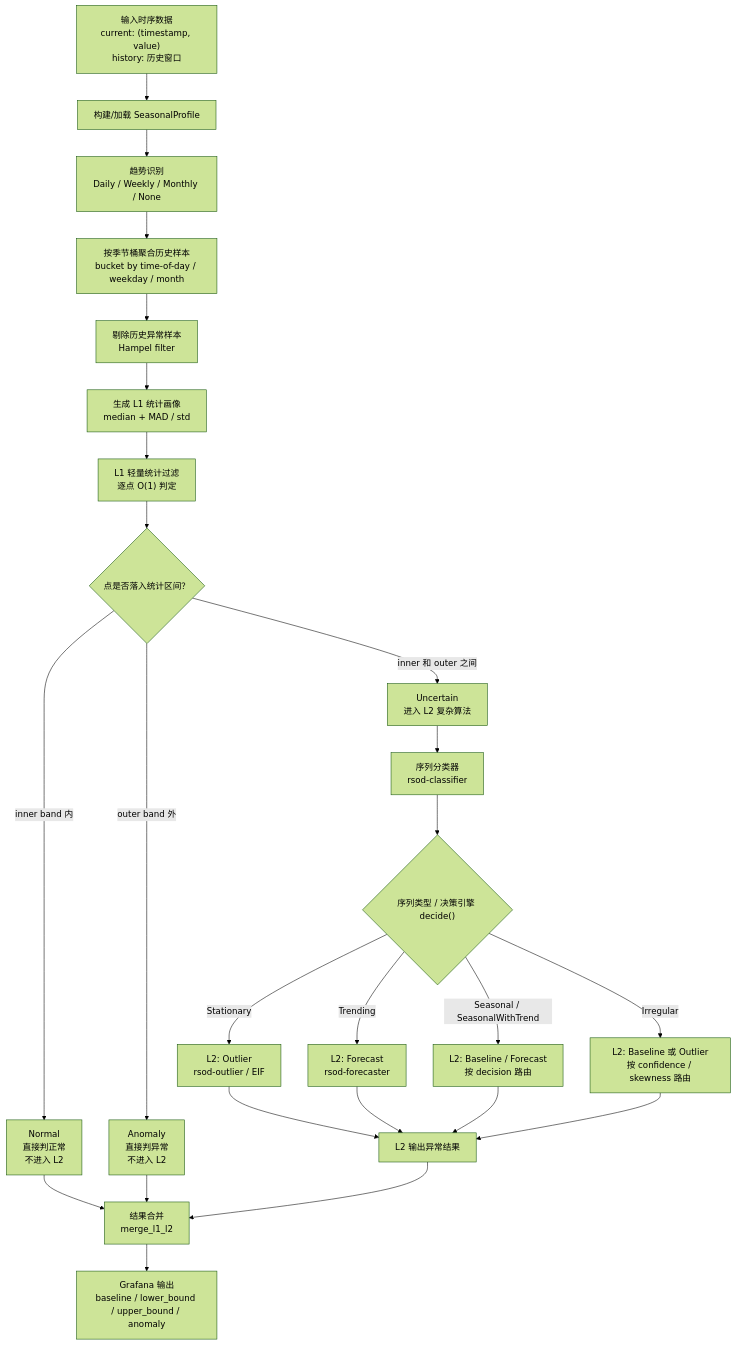
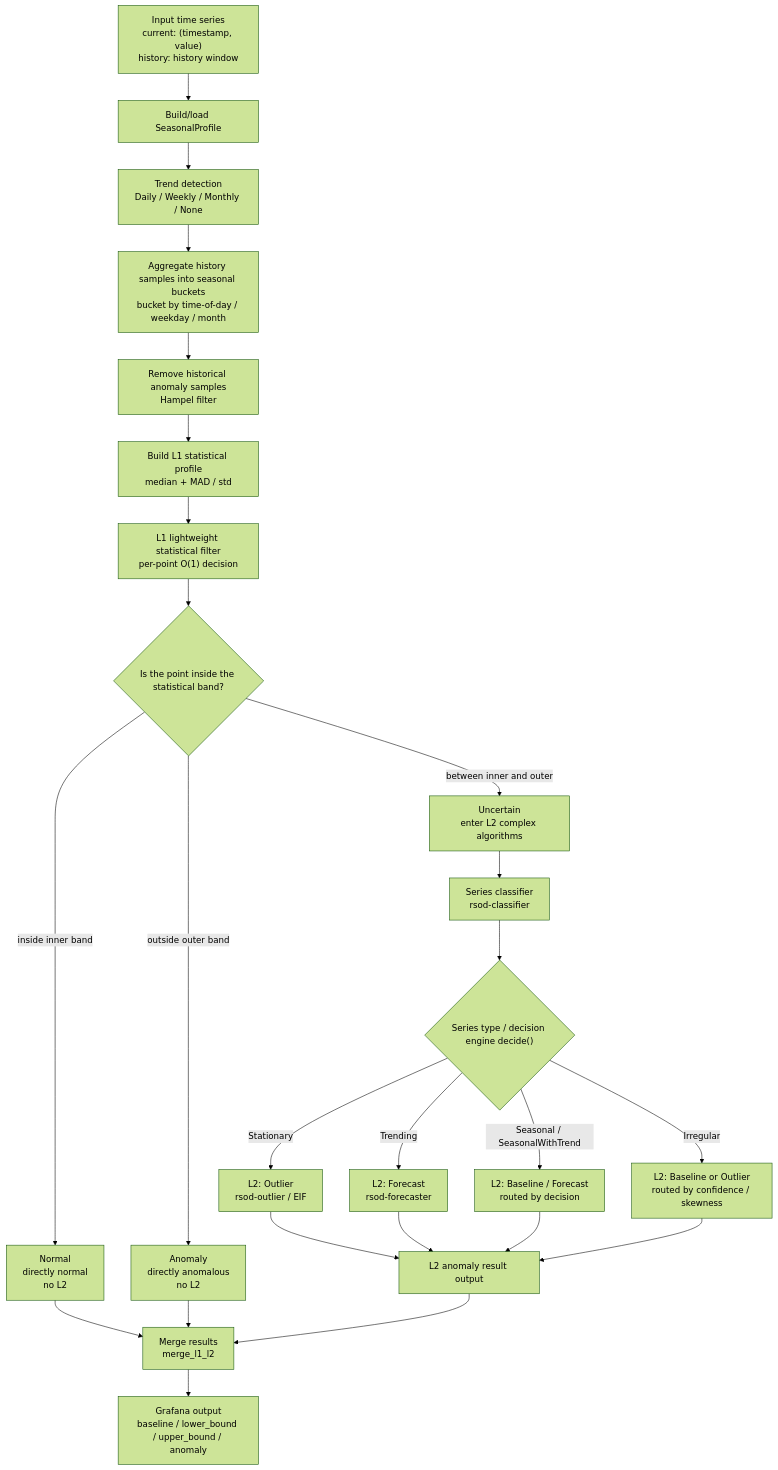
One commit to IBUMBLEBEE/grafana-alert4ml-datasource changed the first of 4 diagrams in docs/funnel_algorithm.md. Above: the diagram before and after it, drawn with Mermaid (forest theme). The commit also changed other lines of this file and 15 other files, not shown here.

````diff
--- a/docs/funnel_algorithm.md
+++ b/docs/funnel_algorithm.md
@@ -24,36 +24,36 @@
 ```mermaid
 flowchart TD
-    A["输入时序数据<br/>current: (timestamp, value)<br/>history: 历史窗口"] --> B["构建/加载 SeasonalProfile"]
+    A["Input time series<br/>current: (timestamp, value)<br/>history: history window"] --> B["Build/load SeasonalProfile"]
 
-    B --> B1["趋势识别<br/>Daily / Weekly / Monthly / None"]
-    B1 --> B2["按季节桶聚合历史样本<br/>bucket by time-of-day / weekday / month"]
-    B2 --> B3["剔除历史异常样本<br/>Hampel filter"]
-    B3 --> B4["生成 L1 统计画像<br/>median + MAD / std"]
+    B --> B1["Trend detection<br/>Daily / Weekly / Monthly / None"]
+    B1 --> B2["Aggregate history samples into seasonal buckets<br/>bucket by time-of-day / weekday / month"]
+    B2 --> B3["Remove historical anomaly samples<br/>Hampel filter"]
+    B3 --> B4["Build L1 statistical profile<br/>median + MAD / std"]
 
-    B4 --> C["L1 轻量统计过滤<br/>逐点 O(1) 判定"]
+    B4 --> C["L1 lightweight statistical filter<br/>per-point O(1) decision"]
 
-    C --> D{"点是否落入统计区间？"}
+    C --> D{"Is the point inside the statistical band?"}
 
-    D -->|"inner band 内"| E["Normal<br/>直接判正常<br/>不进入 L2"]
-    D -->|"outer band 外"| F["Anomaly<br/>直接判异常<br/>不进入 L2"]
-    D -->|"inner 和 outer 之间"| G["Uncertain<br/>进入 L2 复杂算法"]
+    D -->|"inside inner band"| E["Normal<br/>directly normal<br/>no L2"]
+    D -->|"outside outer band"| F["Anomaly<br/>directly anomalous<br/>no L2"]
+    D -->|"between inner and outer"| G["Uncertain<br/>enter L2 complex algorithms"]
 
-    G --> H["序列分类器<br/>rsod-classifier"]
-    H --> I{"序列类型 / 决策引擎 decide()"}
+    G --> H["Series classifier<br/>rsod-classifier"]
+    H --> I{"Series type / decision engine decide()"}
 
     I -->|"Stationary"| J["L2: Outlier<br/>rsod-outlier / EIF"]
     I -->|"Trending"| K["L2: Forecast<br/>rsod-forecaster"]
-    I -->|"Seasonal / SeasonalWithTrend"| L["L2: Baseline / Forecast<br/>按 decision 路由"]
-    I -->|"Irregular"| M["L2: Baseline 或 Outlier<br/>按 confidence / skewness 路由"]
+    I -->|"Seasonal / SeasonalWithTrend"| L["L2: Baseline / Forecast<br/>routed by decision"]
+    I -->|"Irregular"| M["L2: Baseline or Outlier<br/>routed by confidence / skewness"]
 
-    J --> N["L2 输出异常结果"]
+    J --> N["L2 anomaly result output"]
     K --> N
     L --> N
     M --> N
 
-    E --> O["结果合并<br/>merge_l1_l2"]
+    E --> O["Merge results<br/>merge_l1_l2"]
     F --> O
     N --> O
 
-    O --> P["Grafana 输出<br/>baseline / lower_bound / upper_bound / anomaly"]
+    O --> P["Grafana output<br/>baseline / lower_bound / upper_bound / anomaly"]
 ```
````
